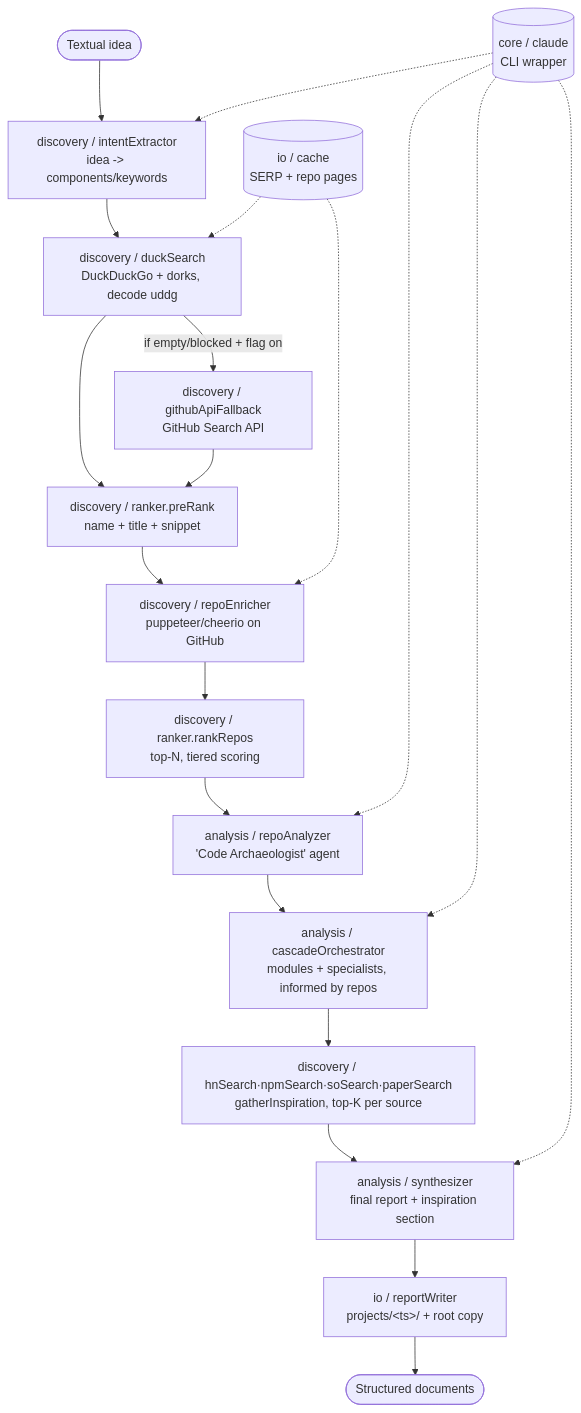
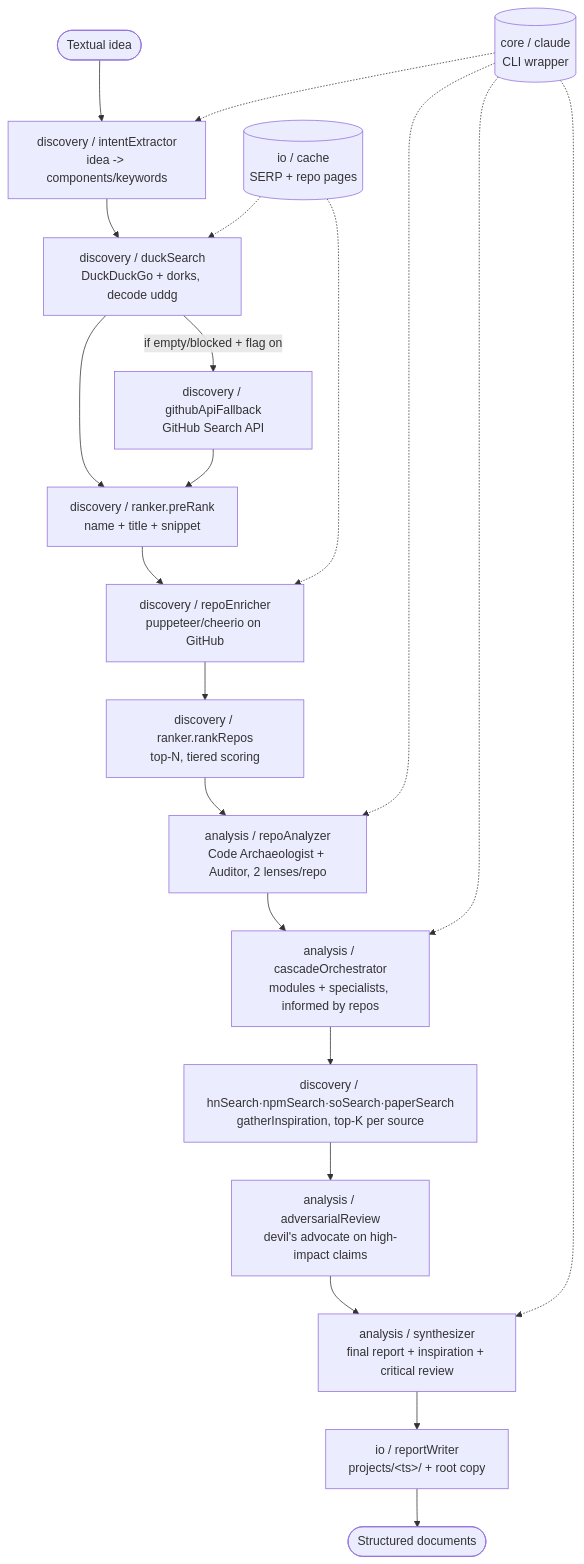
One commit to G10DC/git-researcher changed the first of 2 diagrams in docs/ARCHITECTURE.md. Above: the diagram before and after it, drawn with Mermaid. The commit also changed other lines of this file and 21 other files, not shown here.

````diff
--- a/docs/ARCHITECTURE.md
+++ b/docs/ARCHITECTURE.md
@@ -9,23 +9,24 @@
 ```mermaid
 flowchart TD
     Idea([Textual idea]) --> INTENT[discovery / intentExtractor<br/>idea -> components/keywords]
     INTENT --> SEARCH[discovery / duckSearch<br/>DuckDuckGo + dorks, decode uddg]
     SEARCH -->|if empty/blocked + flag on| FALLBACK[discovery / githubApiFallback<br/>GitHub Search API]
     SEARCH --> PRERANK[discovery / ranker.preRank<br/>name + title + snippet]
     FALLBACK --> PRERANK
     PRERANK --> ENRICH[discovery / repoEnricher<br/>puppeteer/cheerio on GitHub]
     ENRICH --> RANK[discovery / ranker.rankRepos<br/>top-N, tiered scoring]
-    RANK --> ANALYZE[analysis / repoAnalyzer<br/>'Code Archaeologist' agent]
+    RANK --> ANALYZE[analysis / repoAnalyzer<br/>Code Archaeologist + Auditor, 2 lenses/repo]
     ANALYZE --> CASCADE[analysis / cascadeOrchestrator<br/>modules + specialists, informed by repos]
     CASCADE --> INSPIRATION[discovery / hnSearch·npmSearch·soSearch·paperSearch<br/>gatherInspiration, top-K per source]
-    INSPIRATION --> SYNTH[analysis / synthesizer<br/>final report + inspiration section]
+    INSPIRATION --> REVIEW[analysis / adversarialReview<br/>devil's advocate on high-impact claims]
+    REVIEW --> SYNTH[analysis / synthesizer<br/>final report + inspiration + critical review]
     SYNTH --> WRITE[io / reportWriter<br/>projects/&lt;ts&gt;/ + root copy]
     WRITE --> Docs([Structured documents])
 
     CACHE[(io / cache<br/>SERP + repo pages)] -.-> SEARCH
     CACHE -.-> ENRICH
     CLAUDE[(core / claude<br/>CLI wrapper)] -.-> INTENT
     CLAUDE -.-> ANALYZE
     CLAUDE -.-> CASCADE
     CLAUDE -.-> SYNTH
 ```
````
